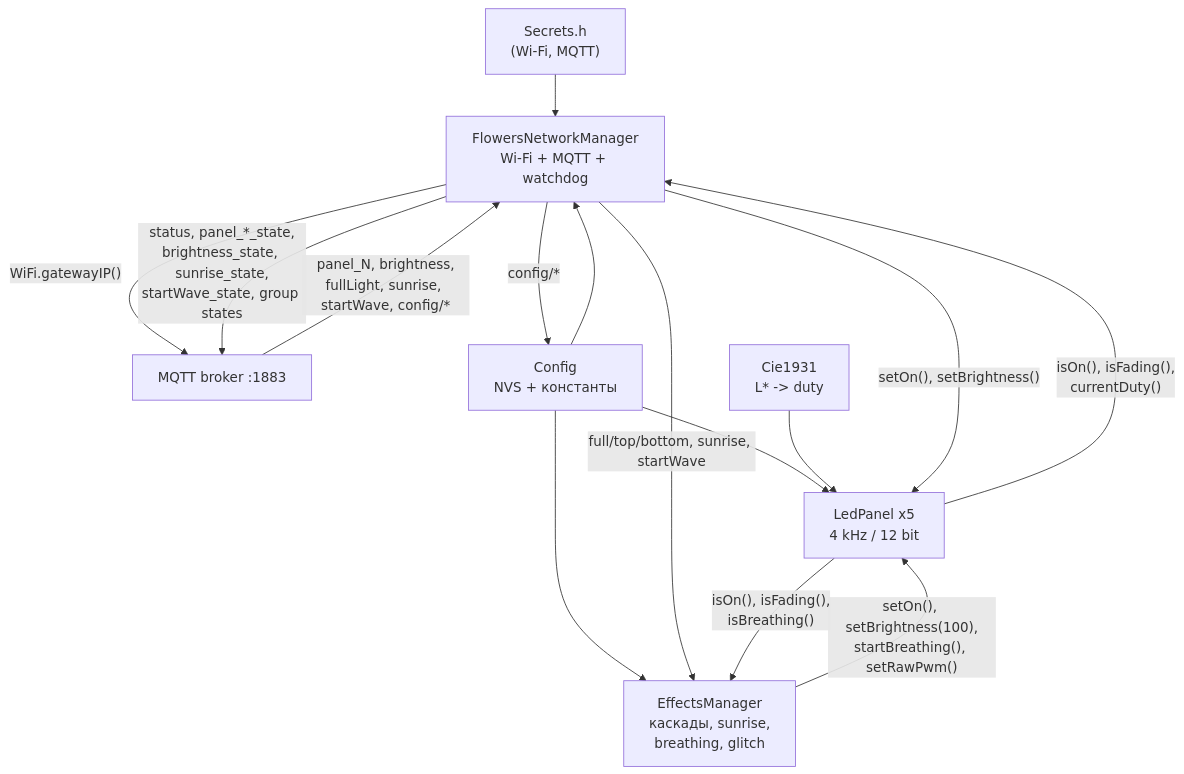
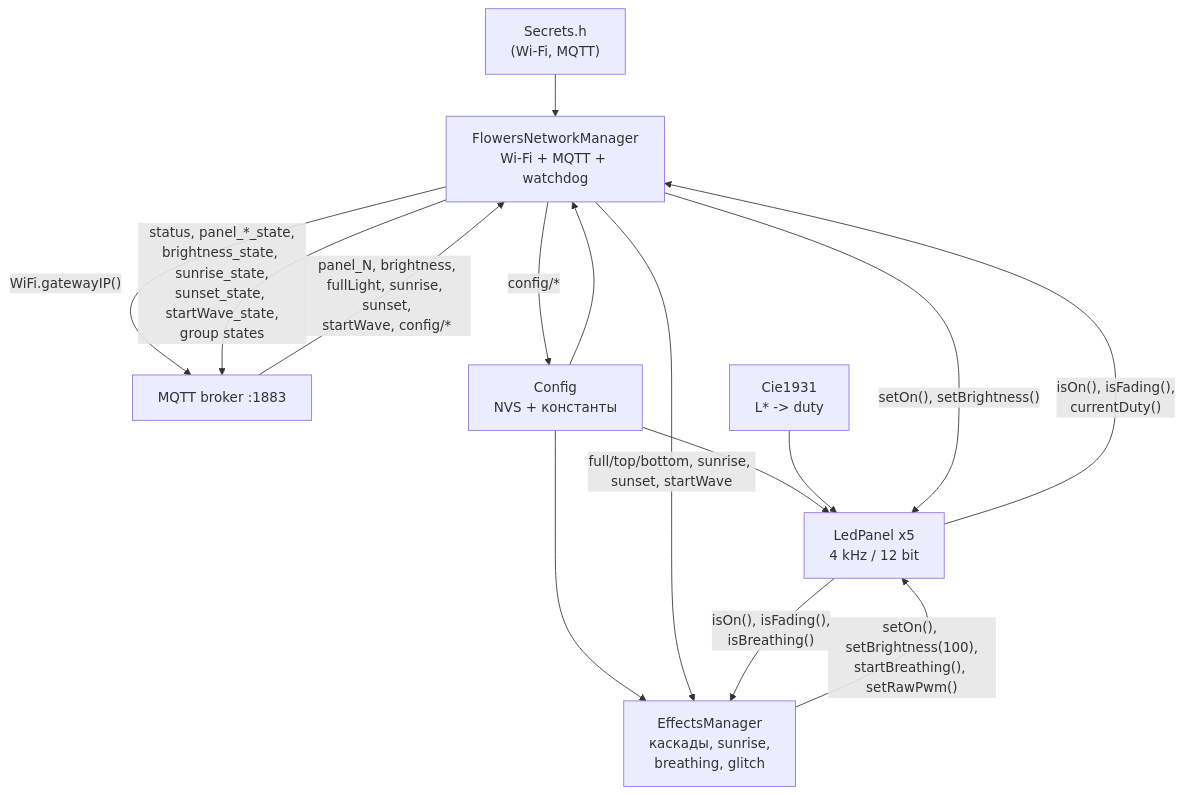
The diagram in README.md (alexam3r/x18.flowers), drawn with Mermaid before and after one commit. The commit also changed other lines of this file and 18 other files, not shown here.

````diff
--- a/README.md
+++ b/README.md
@@ -165,17 +166,17 @@
 ```mermaid
 graph TD
     SEC["Secrets.h<br/>(Wi-Fi, MQTT)"] --> NET["FlowersNetworkManager<br/>Wi-Fi + MQTT + watchdog"]
     NET -->|"WiFi.gatewayIP()"| BROKER["MQTT broker :1883"]
-    BROKER -->|"panel_N, brightness,<br/>fullLight, sunrise, startWave, config/*"| NET
+    BROKER -->|"panel_N, brightness,<br/>fullLight, sunrise, sunset,<br/>startWave, config/*"| NET
     CFG["Config<br/>NVS + константы"] --> LP["LedPanel x5<br/>4 kHz / 12 bit"]
     CFG --> NET
     CFG --> EFF["EffectsManager<br/>каскады, sunrise,<br/>breathing, glitch"]
     CIE["Cie1931<br/>L* -> duty"] --> LP
     NET -->|"setOn(), setBrightness()"| LP
     NET -->|"config/*"| CFG
-    NET -->|"full/top/bottom, sunrise, startWave"| EFF
+    NET -->|"full/top/bottom, sunrise, sunset, startWave"| EFF
     EFF -->|"setOn(), setBrightness(100),<br/>startBreathing(), setRawPwm()"| LP
-    NET -->|"status, panel_*_state,<br/>brightness_state, sunrise_state,<br/>startWave_state, group states"| BROKER
+    NET -->|"status, panel_*_state,<br/>brightness_state, sunrise_state,<br/>sunset_state, startWave_state,<br/>group states"| BROKER
     LP -->|"isOn(), isFading(),<br/>currentDuty()"| NET
     LP -->|"isOn(), isFading(),<br/>isBreathing()"| EFF
 ```
````
